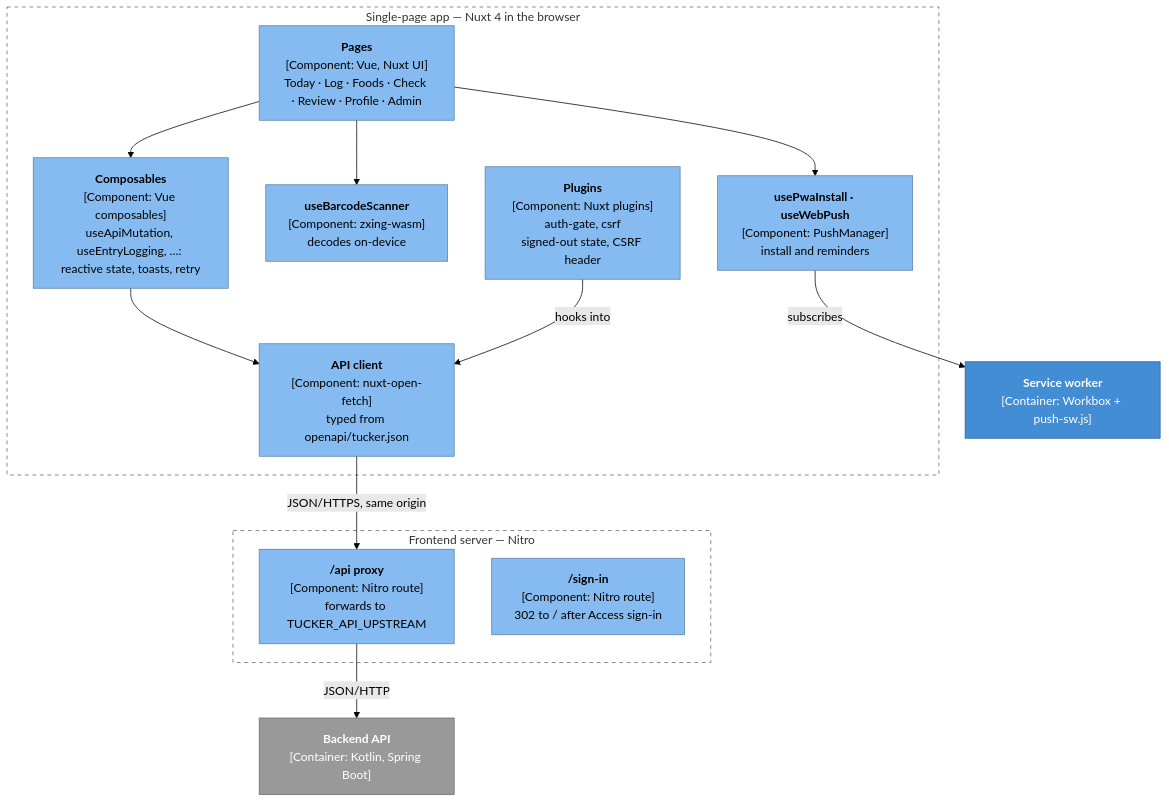
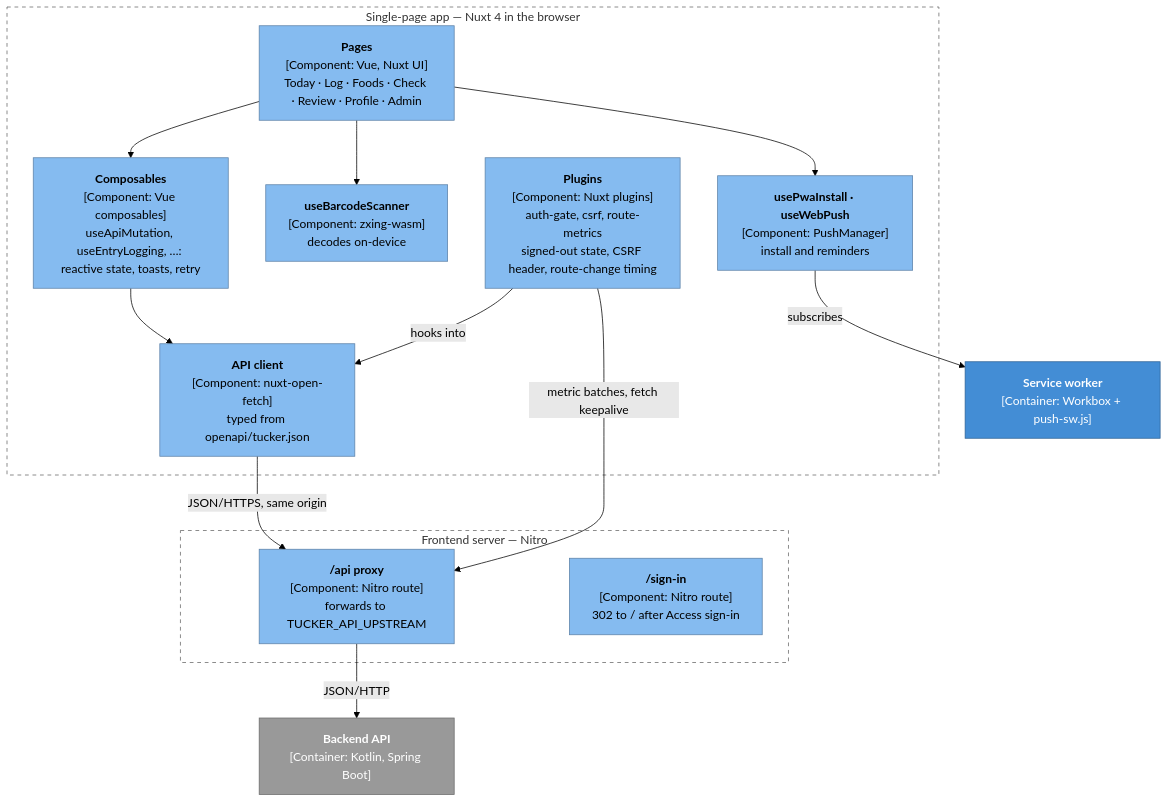
Before and after one commit to skrymer/tucker: the eighth of 10 diagrams in docs/architecture.md, drawn with Mermaid (forest theme). The commit also changed other lines of this file and 37 other files, not shown here.

````diff
--- a/docs/architecture.md
+++ b/docs/architecture.md
@@ -339,33 +340,34 @@
 ```mermaid
 flowchart TD
   subgraph spa["Single-page app — Nuxt 4 in the browser"]
     pages["<b>Pages</b><br/>[Component: Vue, Nuxt UI]<br/>Today · Log · Foods · Check · Review · Profile · Admin"]:::component
     composables["<b>Composables</b><br/>[Component: Vue composables]<br/>useApiMutation, useEntryLogging, …: reactive state, toasts, retry"]:::component
     scanner["<b>useBarcodeScanner</b><br/>[Component: zxing-wasm]<br/>decodes on-device"]:::component
     pwa["<b>usePwaInstall · useWebPush</b><br/>[Component: PushManager]<br/>install and reminders"]:::component
-    plugins["<b>Plugins</b><br/>[Component: Nuxt plugins]<br/>auth-gate, csrf<br/>signed-out state, CSRF header"]:::component
+    plugins["<b>Plugins</b><br/>[Component: Nuxt plugins]<br/>auth-gate, csrf, route-metrics<br/>signed-out state, CSRF header, route-change timing"]:::component
     client["<b>API client</b><br/>[Component: nuxt-open-fetch]<br/>typed from openapi/tucker.json"]:::component
   end
   sw["<b>Service worker</b><br/>[Container: Workbox + push-sw.js]"]:::container
 
   subgraph nitro["Frontend server — Nitro"]
     proxy["<b>/api proxy</b><br/>[Component: Nitro route]<br/>forwards to TUCKER_API_UPSTREAM"]:::component
     signin["<b>/sign-in</b><br/>[Component: Nitro route]<br/>302 to / after Access sign-in"]:::component
   end
   api["<b>Backend API</b><br/>[Container: Kotlin, Spring Boot]"]:::ext
 
   pages --> composables
   pages --> scanner
   pages --> pwa
   composables --> client
   plugins -- "hooks into" --> client
   client -- "JSON/HTTPS, same origin" --> proxy
+  plugins -- "metric batches, fetch keepalive" --> proxy
   proxy -- "JSON/HTTP" --> api
   pwa -- "subscribes" --> sw
 
   classDef component fill:#85bbf0,color:#000,stroke:#5d82a8
   classDef container fill:#438dd5,color:#fff,stroke:#2e6295
   classDef ext fill:#999,color:#fff,stroke:#6b6b6b
   style spa fill:none,stroke:#666,stroke-dasharray:5 5
   style nitro fill:none,stroke:#666,stroke-dasharray:5 5
 ```
````
